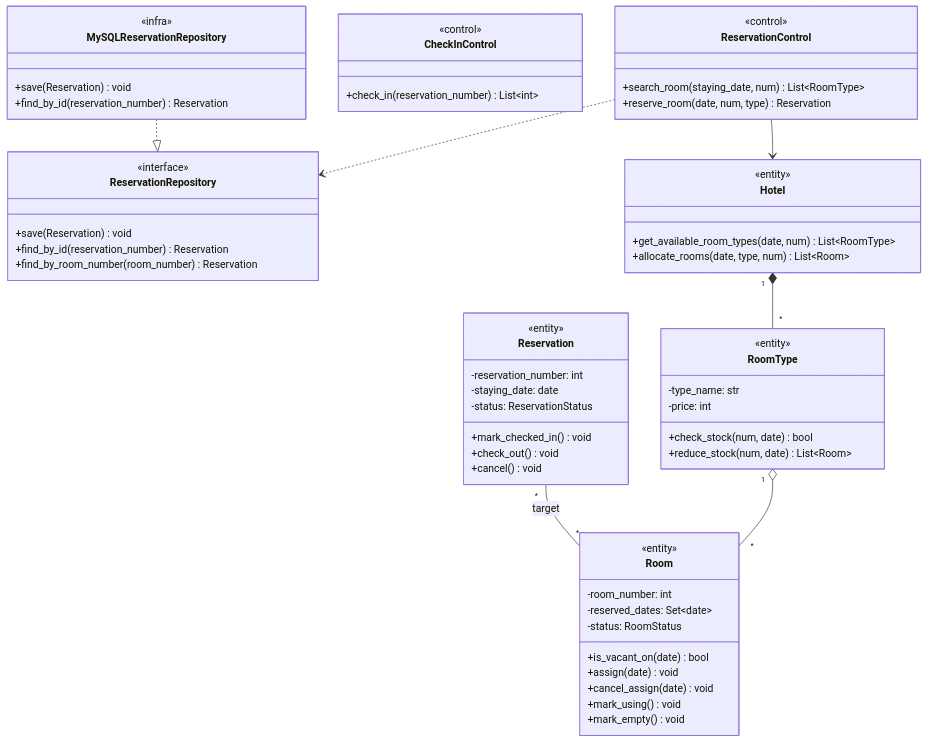
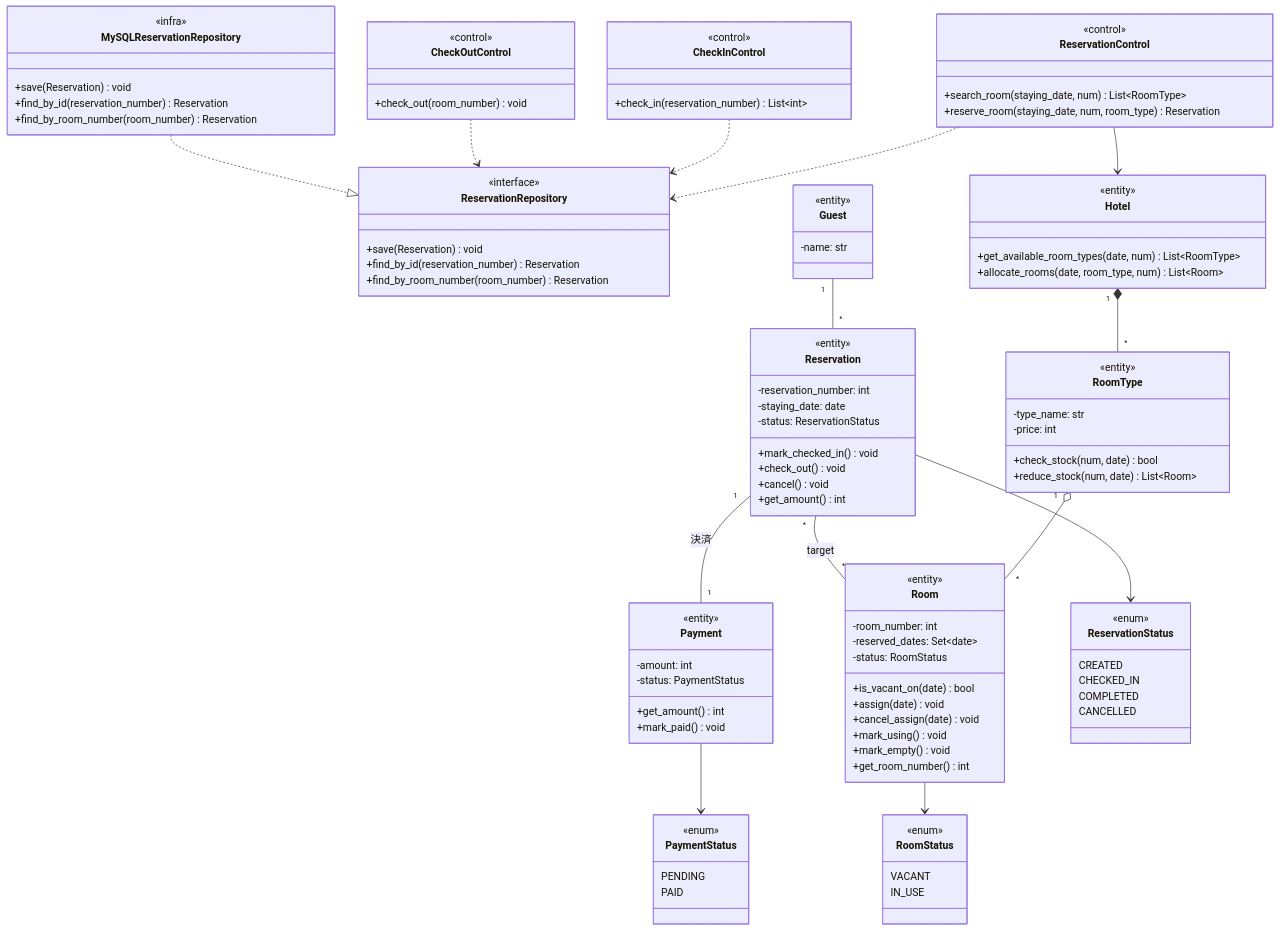
Before and after one commit to Kohki-tyl/HRS: the second of 3 diagrams in Architecture.md, drawn with Mermaid. The commit also changed other lines of this file, not shown here.

````diff
--- a/Architecture.md
+++ b/Architecture.md
@@ -76,24 +87,32 @@
     class ReservationControl {
         <<control>>
         +search_room(staying_date, num) List~RoomType~
-        +reserve_room(date, num, type) Reservation
+        +reserve_room(staying_date, num, room_type) Reservation
     }
     class CheckInControl {
         <<control>>
         +check_in(reservation_number) List~int~
     }
+    class CheckOutControl {
+        <<control>>
+        +check_out(room_number) void
+    }
 
-    %% Domain Layer (Core Logic)
+    %% Domain Layer
     class ReservationRepository {
         <<interface>>
         +save(Reservation) void
         +find_by_id(reservation_number) Reservation
         +find_by_room_number(room_number) Reservation
     }
+    class Guest {
+        <<entity>>
+        -name: str
+    }
     class Hotel {
         <<entity>>
         +get_available_room_types(date, num) List~RoomType~
-        +allocate_rooms(date, type, num) List~Room~
+        +allocate_rooms(date, room_type, num) List~Room~
     }
     class RoomType {
         <<entity>>
@@ -112,6 +131,7 @@
         +cancel_assign(date) void
         +mark_using() void
         +mark_empty() void
+        +get_room_number() int
     }
     class Reservation {
         <<entity>>
@@ -121,6 +141,31 @@
         +mark_checked_in() void
         +check_out() void
         +cancel() void
+        +get_amount() int
+    }
+    class Payment {
+        <<entity>>
+        -amount: int
+        -status: PaymentStatus
+        +get_amount() int
+        +mark_paid() void
+    }
+    class ReservationStatus {
+        <<enum>>
+        CREATED
+        CHECKED_IN
+        COMPLETED
+        CANCELLED
+    }
+    class RoomStatus {
+        <<enum>>
+        VACANT
+        IN_USE
+    }
+    class PaymentStatus {
+        <<enum>>
+        PENDING
+        PAID
     }
 
     %% Infrastructure Layer
@@ -128,13 +173,21 @@
         <<infra>>
         +save(Reservation) void
         +find_by_id(reservation_number) Reservation
+        +find_by_room_number(room_number) Reservation
     }
 
     %% Relationships
     ReservationControl ..> ReservationRepository
     ReservationControl --> Hotel
+    CheckInControl ..> ReservationRepository
+    CheckOutControl ..> ReservationRepository
     Hotel "1" *-- "*" RoomType
     RoomType "1" o-- "*" Room
+    Guest "1" -- "*" Reservation
     Reservation "*" -- "*" Room : target
+    Reservation "1" -- "1" Payment : 決済
+    Reservation --> ReservationStatus
+    Room --> RoomStatus
+    Payment --> PaymentStatus
     MySQLReservationRepository ..|> ReservationRepository
 ```
````
